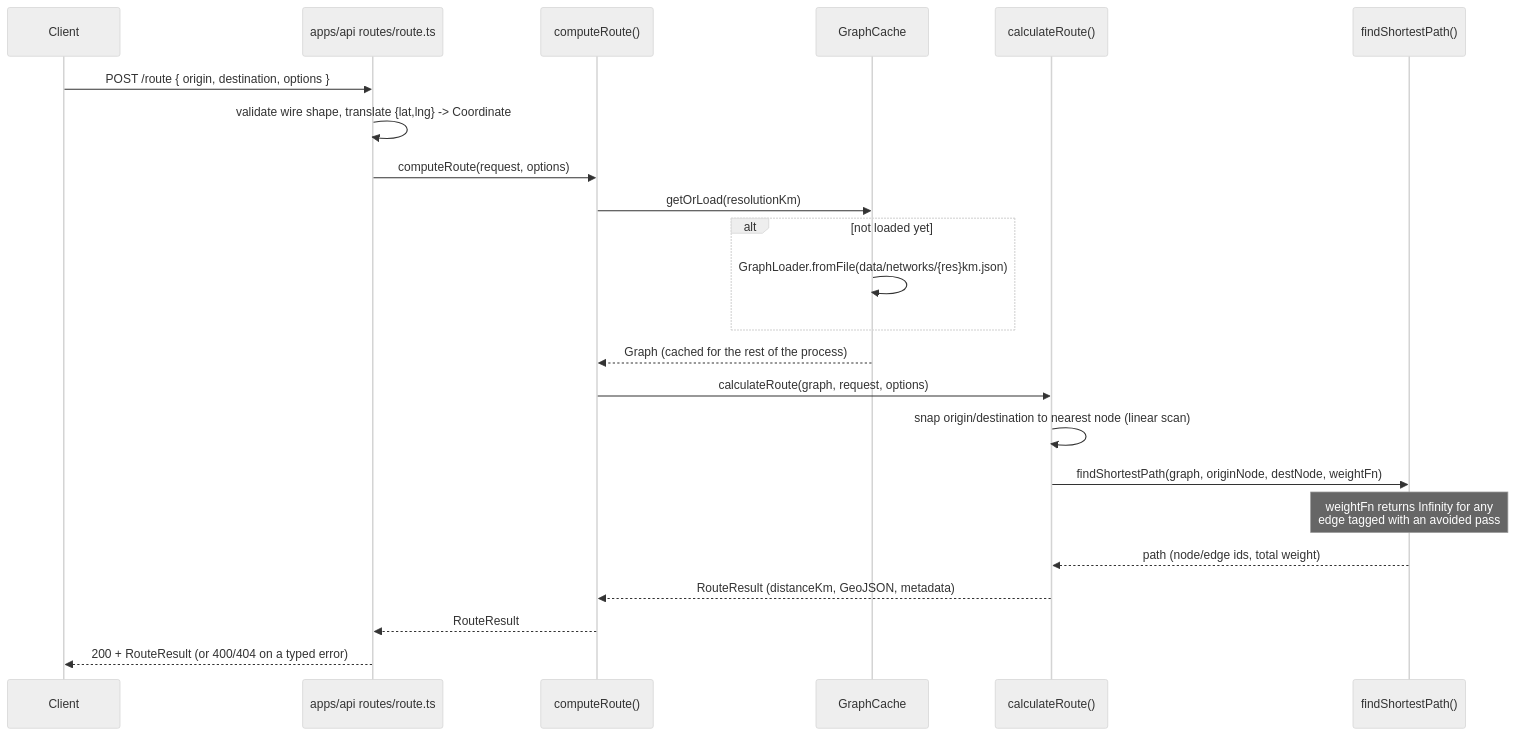
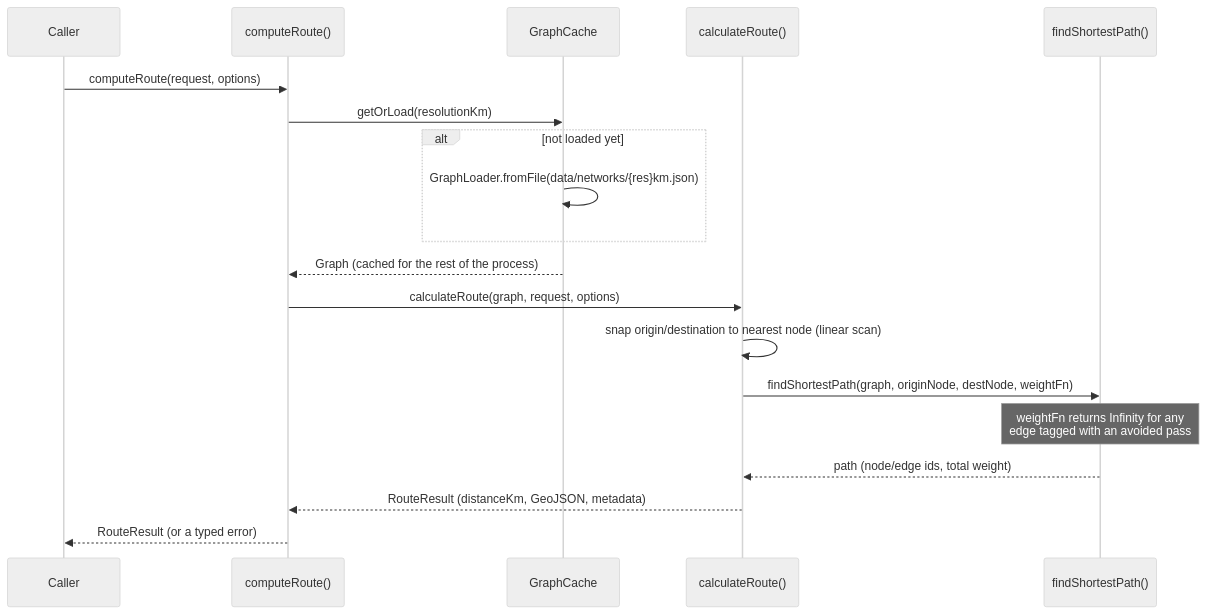
Before and after one commit to XexFlare/ShipRouteX: the second of 2 diagrams in docs/architecture.md, drawn with Mermaid (neutral theme). The commit also changed other lines of this file and 11 other files, not shown here.

````diff
--- a/docs/architecture.md
+++ b/docs/architecture.md
@@ -54,26 +37,22 @@
 ```mermaid
 sequenceDiagram
-    participant Client
-    participant Route as apps/api routes/route.ts
+    participant Caller
     participant Core as computeRoute()
     participant Cache as GraphCache
     participant Engine as calculateRoute()
     participant Dijkstra as findShortestPath()
 
-    Client->>Route: POST /route { origin, destination, options }
-    Route->>Route: validate wire shape, translate {lat,lng} -> Coordinate
-    Route->>Core: computeRoute(request, options)
+    Caller->>Core: computeRoute(request, options)
     Core->>Cache: getOrLoad(resolutionKm)
     alt not loaded yet
         Cache->>Cache: GraphLoader.fromFile(data/networks/{res}km.json)
     end
     Cache-->>Core: Graph (cached for the rest of the process)
     Core->>Engine: calculateRoute(graph, request, options)
     Engine->>Engine: snap origin/destination to nearest node (linear scan)
     Engine->>Dijkstra: findShortestPath(graph, originNode, destNode, weightFn)
     Note over Dijkstra: weightFn returns Infinity for any<br/>edge tagged with an avoided pass
     Dijkstra-->>Engine: path (node/edge ids, total weight)
     Engine-->>Core: RouteResult (distanceKm, GeoJSON, metadata)
-    Core-->>Route: RouteResult
-    Route-->>Client: 200 + RouteResult (or 400/404 on a typed error)
+    Core-->>Caller: RouteResult (or a typed error)
 ```
````
